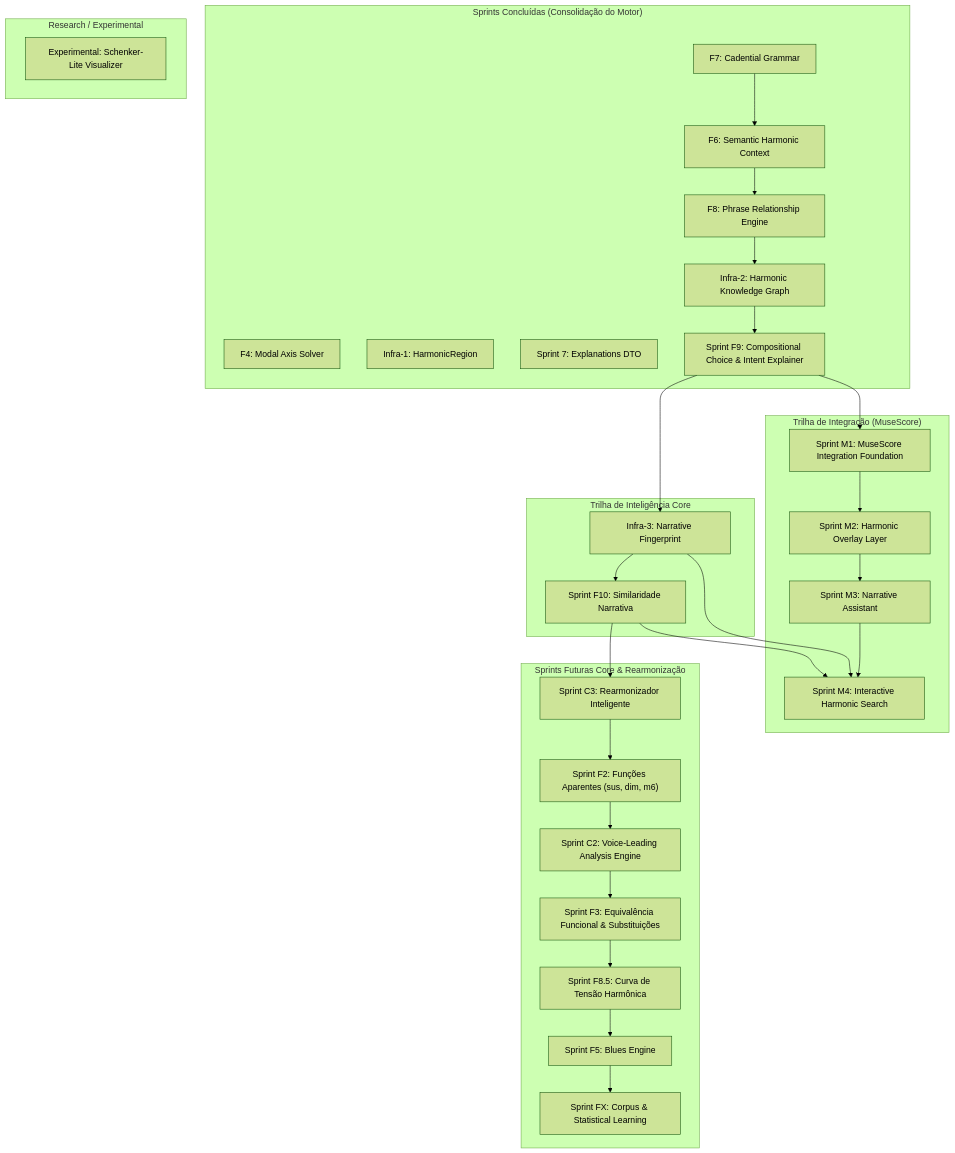
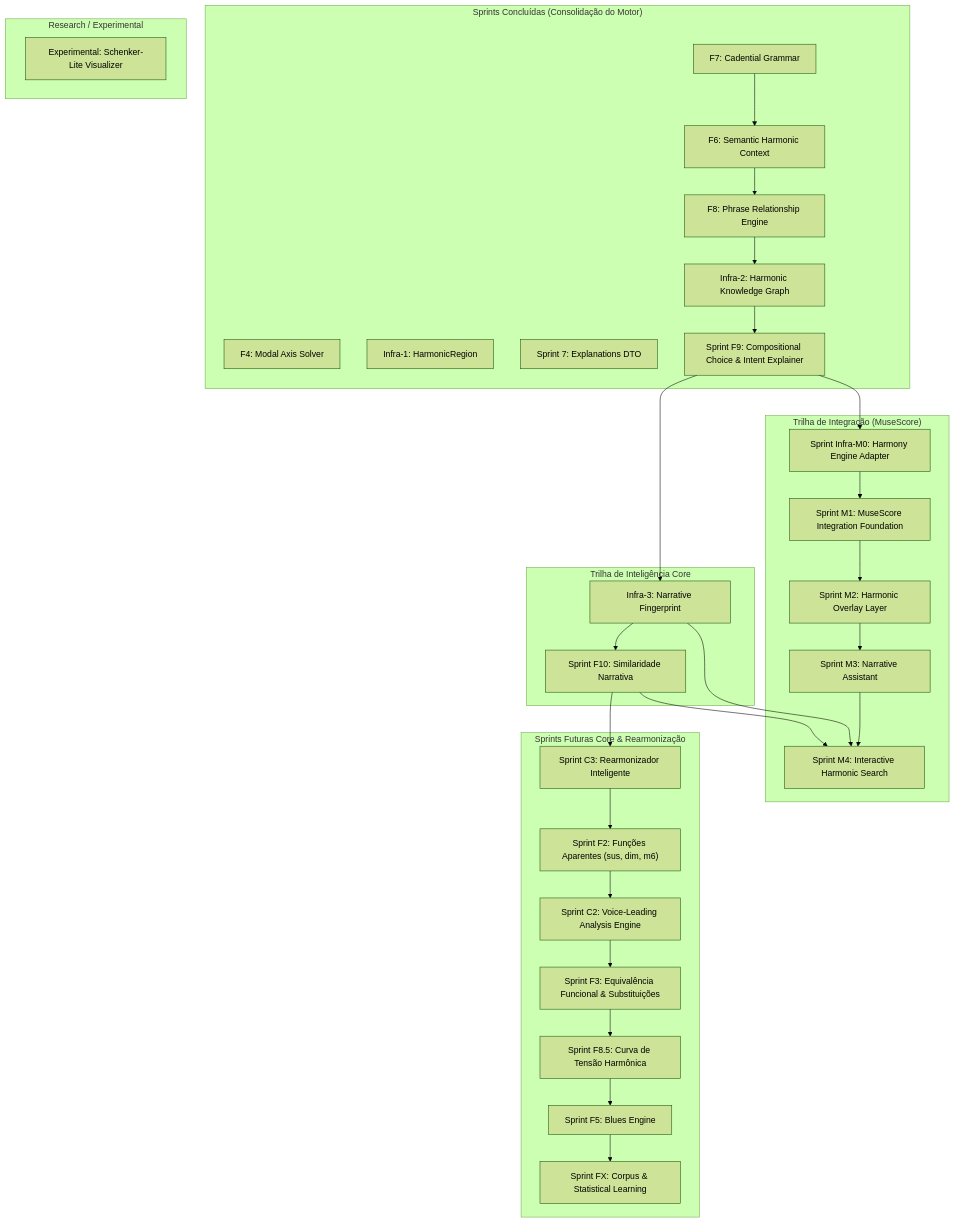
Before and after one commit to gustavoesteves/FindChord: the diagram in sprints/future_sprints.md, drawn with Mermaid (forest theme). The commit also changed other lines of this file, not shown here.

Commit message:
Add Sprint Infra-M0: Harmony Engine Adapter (API/SDK) to Integration Track

````diff
--- a/sprints/future_sprints.md
+++ b/sprints/future_sprints.md
@@ -36,61 +36,65 @@
 ```mermaid
 graph TD
     subgraph "Sprints Concluídas (Consolidação do Motor)"
         C4["F4: Modal Axis Solver"]
         CI1["Infra-1: HarmonicRegion"]
         CS7["Sprint 7: Explanations DTO"]
         CF7["F7: Cadential Grammar"]
         F6["F6: Semantic Harmonic Context"]
         F8["F8: Phrase Relationship Engine"]
         I2["Infra-2: Harmonic Knowledge Graph"]
         F9["Sprint F9: Compositional Choice & Intent Explainer"]
     end
 
     subgraph "Trilha de Inteligência Core"
         I3["Infra-3: Narrative Fingerprint"]
         F10["Sprint F10: Similaridade Narrativa"]
     end
 
     subgraph "Trilha de Integração (MuseScore)"
+        IM0["Sprint Infra-M0: Harmony Engine Adapter"]
         M1["Sprint M1: MuseScore Integration Foundation"]
         M2["Sprint M2: Harmonic Overlay Layer"]
         M3["Sprint M3: Narrative Assistant"]
         M4["Sprint M4: Interactive Harmonic Search"]
     end
+
     
     subgraph "Sprints Futuras Core & Rearmonização"
         C3["Sprint C3: Rearmonizador Inteligente"]
         F2["Sprint F2: Funções Aparentes (sus, dim, m6)"]
         C2["Sprint C2: Voice-Leading Analysis Engine"]
         F3["Sprint F3: Equivalência Funcional & Substituições"]
         F8T["Sprint F8.5: Curva de Tensão Harmônica"]
         F5["Sprint F5: Blues Engine"]
         FX["Sprint FX: Corpus & Statistical Learning"]
     end
 
     subgraph "Research / Experimental"
         C1["Experimental: Schenker-Lite Visualizer"]
     end
 
     CF7 --> F6
     F6 --> F8
     F8 --> I2
     I2 --> F9
     F9 --> I3
     I3 --> F10
     F10 --> C3
     C3 --> F2
     F2 --> C2
 
     C2 --> F3
     F3 --> F8T
     F8T --> F5
     F5 --> FX
     
-    F9 --> M1
+    F9 --> IM0
+    IM0 --> M1
     M1 --> M2
     M2 --> M3
     M3 --> M4
     I3 --> M4
     F10 --> M4
+
 ```
````
